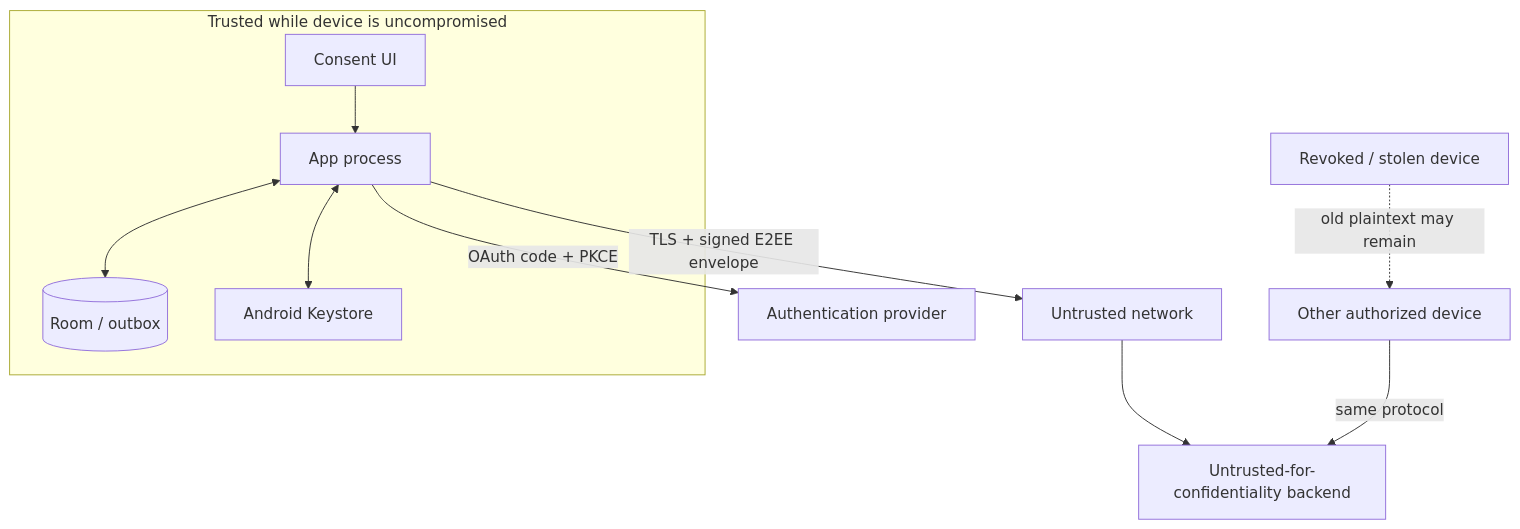
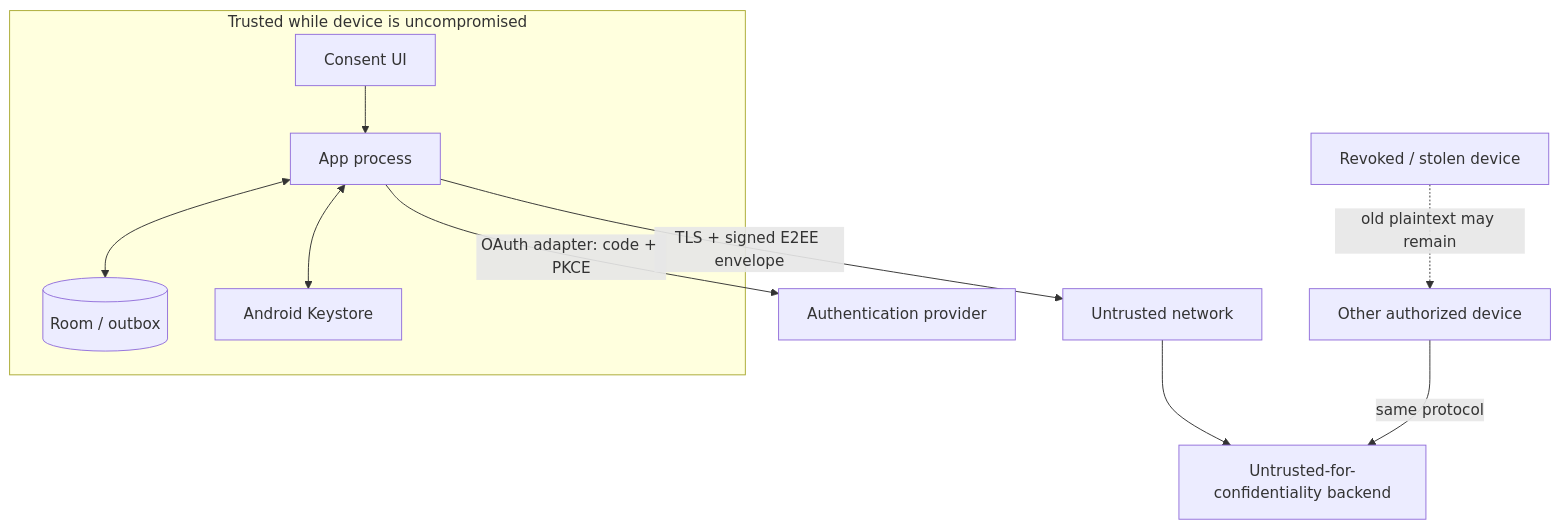
One commit to akaitigo/ndc-shelf-android changed the diagram in docs/SYNC_THREAT_MODEL.md. Above: the diagram before and after it, drawn with Mermaid. The commit also changed other lines of this file and 3 other files, not shown here.

````diff
--- a/docs/SYNC_THREAT_MODEL.md
+++ b/docs/SYNC_THREAT_MODEL.md
@@ -29,17 +29,17 @@
 ```mermaid
 flowchart TB
     subgraph D[Trusted while device is uncompromised]
       UI[Consent UI]
       APP[App process]
       ROOM[(Room / outbox)]
       KS[Android Keystore]
       UI --> APP
       APP <--> ROOM
       APP <--> KS
     end
     APP -->|TLS + signed E2EE envelope| NET[Untrusted network]
     NET --> BACKEND[Untrusted-for-confidentiality backend]
-    APP -->|OAuth code + PKCE| IDP[Authentication provider]
+    APP -->|OAuth adapter: code + PKCE| IDP[Authentication provider]
     OTHER[Other authorized device] -->|same protocol| BACKEND
     REVOKED[Revoked / stolen device] -. old plaintext may remain .-> OTHER
 ```
````
